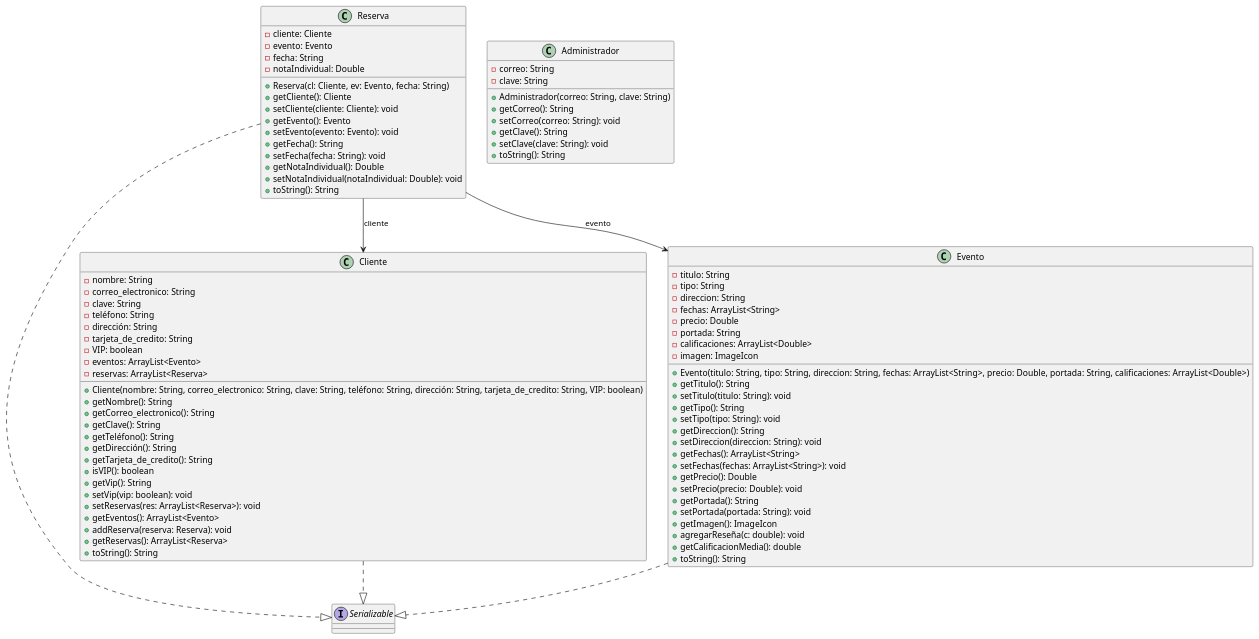
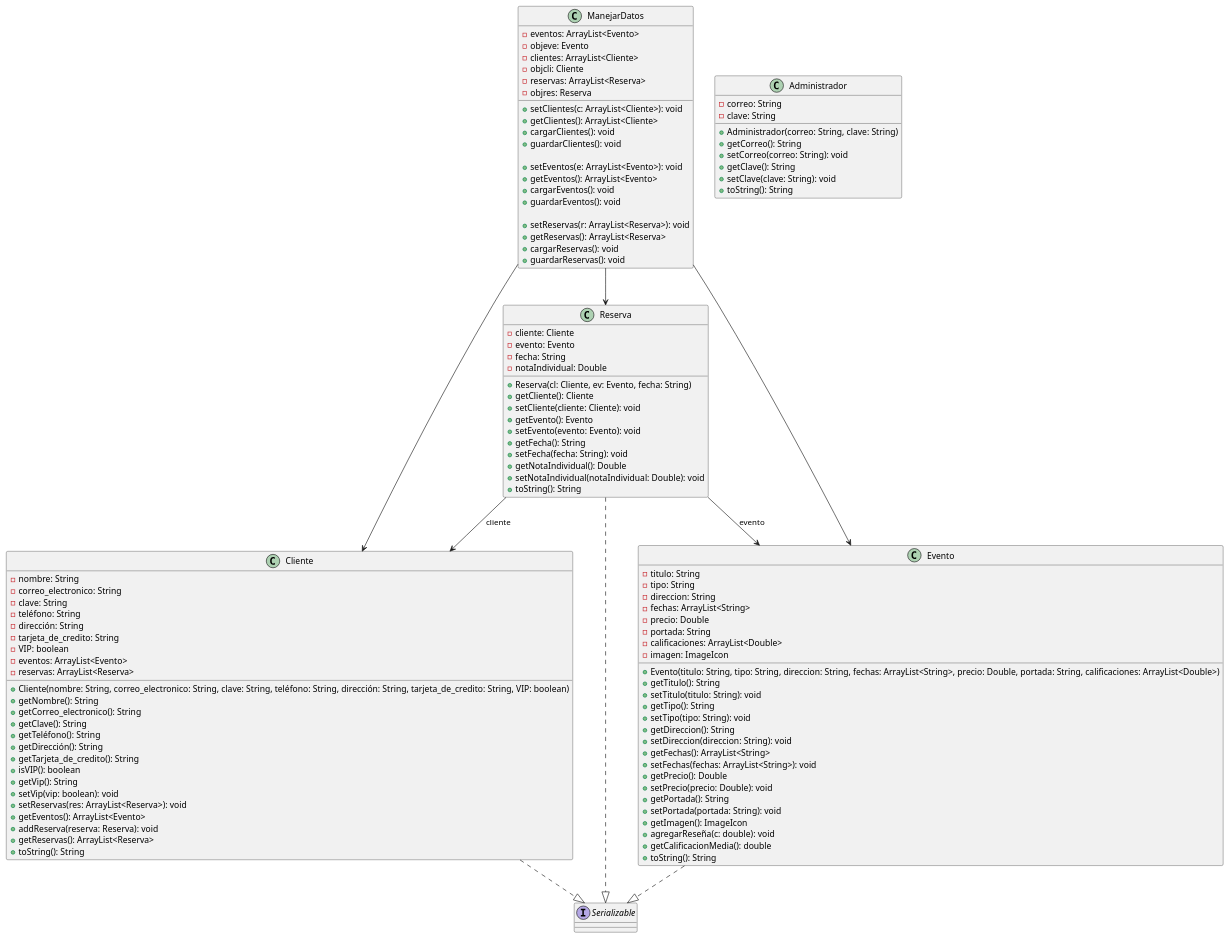
The diagram in PL2/PL2_JAVA/DigramaUML.puml (PL2PL2/demo-repository), drawn with PlantUML before and after one commit. The commit also changed 1 other file, not shown here.

Commit message:
UML AIBCJKZCKNISDH

```diff
--- a/PL2/PL2_JAVA/DigramaUML.puml
+++ b/PL2/PL2_JAVA/DigramaUML.puml
@@ -1,98 +1,126 @@
 @startuml
 
 interface Serializable
 
 class Cliente {
     - nombre: String
     - correo_electronico: String
     - clave: String
     - teléfono: String
     - dirección: String
     - tarjeta_de_credito: String
     - VIP: boolean
     - eventos: ArrayList<Evento>
     - reservas: ArrayList<Reserva>
 
     + Cliente(nombre: String, correo_electronico: String, clave: String, teléfono: String, dirección: String, tarjeta_de_credito: String, VIP: boolean)
     + getNombre(): String
     + getCorreo_electronico(): String
     + getClave(): String
     + getTeléfono(): String
     + getDirección(): String
     + getTarjeta_de_credito(): String
     + isVIP(): boolean
     + getVip(): String
     + setVip(vip: boolean): void
     + setReservas(res: ArrayList<Reserva>): void
     + getEventos(): ArrayList<Evento>
     + addReserva(reserva: Reserva): void
     + getReservas(): ArrayList<Reserva>
     + toString(): String
 }
 
 class Evento {
     - titulo: String
     - tipo: String
     - direccion: String
     - fechas: ArrayList<String>
     - precio: Double
     - portada: String
     - calificaciones: ArrayList<Double>
     - imagen: ImageIcon
 
     + Evento(titulo: String, tipo: String, direccion: String, fechas: ArrayList<String>, precio: Double, portada: String, calificaciones: ArrayList<Double>)
     + getTitulo(): String
     + setTitulo(titulo: String): void
     + getTipo(): String
     + setTipo(tipo: String): void
     + getDireccion(): String
     + setDireccion(direccion: String): void
     + getFechas(): ArrayList<String>
     + setFechas(fechas: ArrayList<String>): void
     + getPrecio(): Double
     + setPrecio(precio: Double): void
     + getPortada(): String
     + setPortada(portada: String): void
     + getImagen(): ImageIcon
     + agregarReseña(c: double): void
     + getCalificacionMedia(): double
     + toString(): String
 }
 
 class Reserva {
     - cliente: Cliente
     - evento: Evento
     - fecha: String
     - notaIndividual: Double
 
     + Reserva(cl: Cliente, ev: Evento, fecha: String)
     + getCliente(): Cliente
     + setCliente(cliente: Cliente): void
     + getEvento(): Evento
     + setEvento(evento: Evento): void
     + getFecha(): String
     + setFecha(fecha: String): void
     + getNotaIndividual(): Double
     + setNotaIndividual(notaIndividual: Double): void
     + toString(): String
 }
 class Administrador {
     - correo: String
     - clave: String
 
     + Administrador(correo: String, clave: String)
     + getCorreo(): String
     + setCorreo(correo: String): void
     + getClave(): String
     + setClave(clave: String): void
     + toString(): String
 }
 
+class ManejarDatos {
+    - eventos: ArrayList<Evento>
+    - objeve: Evento
+    - clientes: ArrayList<Cliente>
+    - objcli: Cliente
+    - reservas: ArrayList<Reserva>
+    - objres: Reserva
+
+    + setClientes(c: ArrayList<Cliente>): void
+    + getClientes(): ArrayList<Cliente>
+    + cargarClientes(): void
+    + guardarClientes(): void
+
+    + setEventos(e: ArrayList<Evento>): void
+    + getEventos(): ArrayList<Evento>
+    + cargarEventos(): void
+    + guardarEventos(): void
+
+    + setReservas(r: ArrayList<Reserva>): void
+    + getReservas(): ArrayList<Reserva>
+    + cargarReservas(): void
+    + guardarReservas(): void
+}
+
+ManejarDatos --> Cliente
+ManejarDatos --> Evento
+ManejarDatos --> Reserva
+
 Cliente ..|> Serializable
 Evento ..|> Serializable
 Reserva ..|> Serializable
 
 Reserva --> Cliente : cliente
 Reserva --> Evento : evento
 
 @enduml
```
